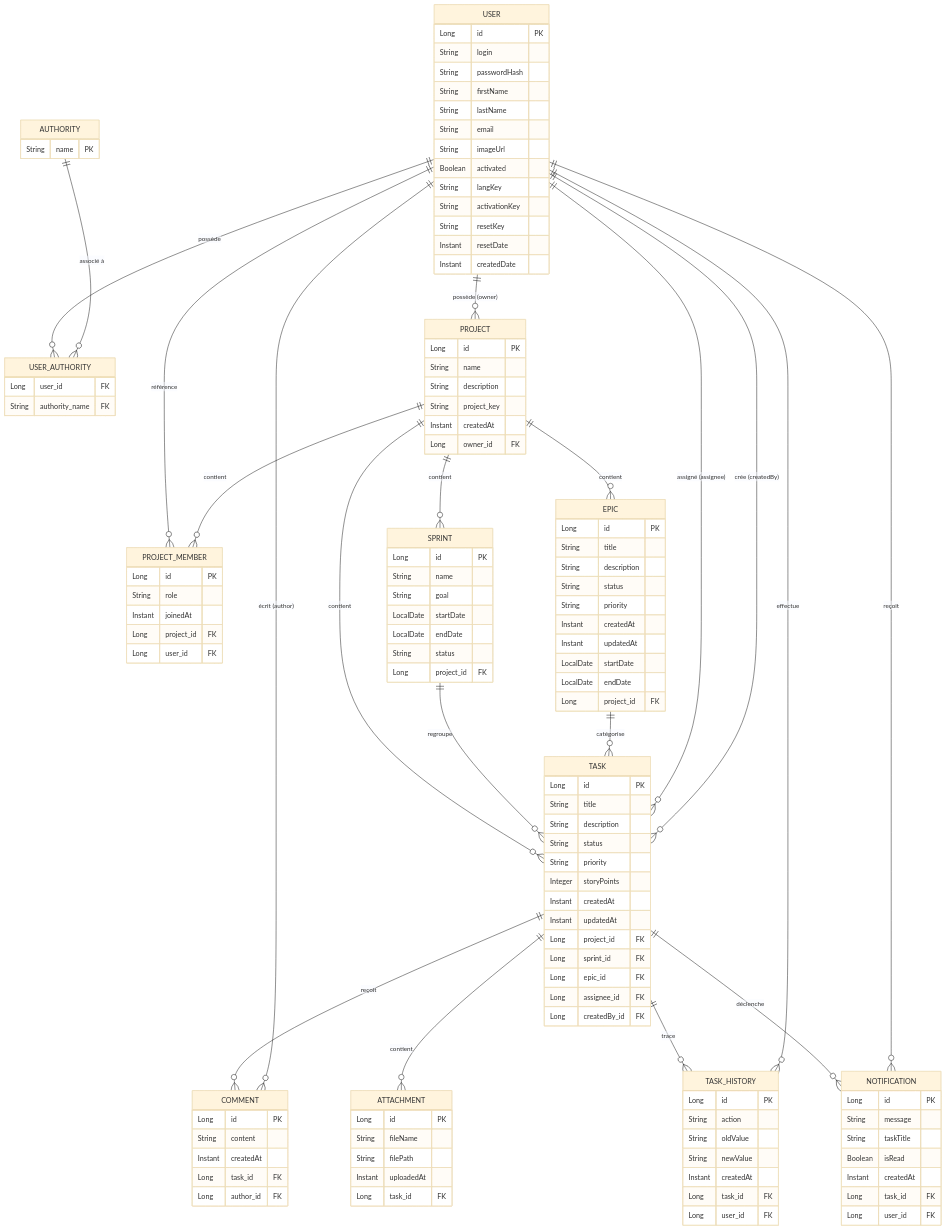
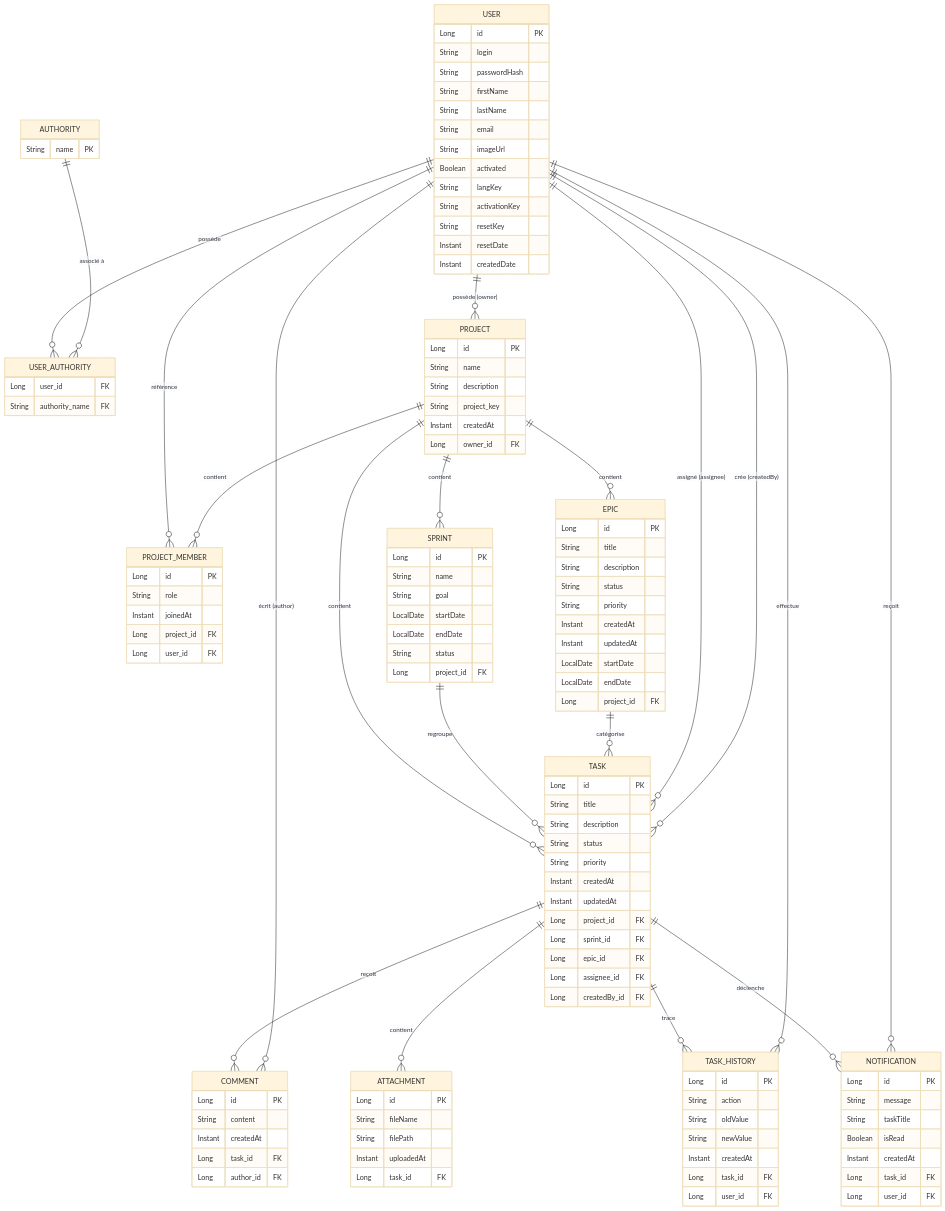
The second of 2 diagrams in docs/fiche-classes.md (24231-Brahim/gestion_taches), drawn with Mermaid (base theme) before and after one commit. The commit also changed other lines of this file and 69 other files, not shown here.

```diff
--- a/docs/fiche-classes.md
+++ b/docs/fiche-classes.md
@@ -243,7 +242,6 @@
         String description
         String status
         String priority
-        Integer storyPoints
         Instant createdAt
         Instant updatedAt
         Long project_id FK
```
